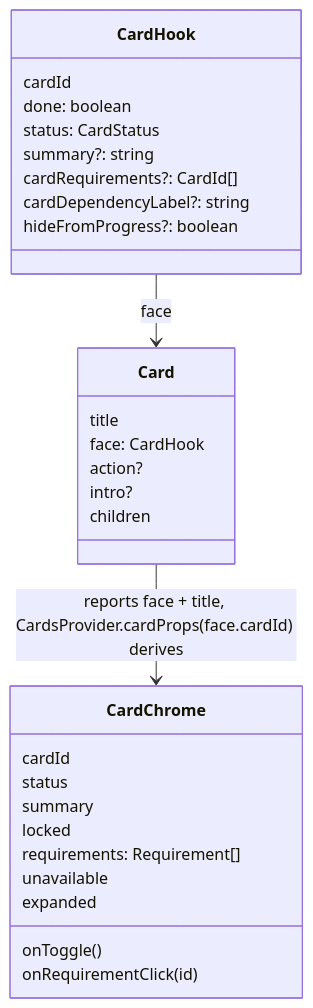
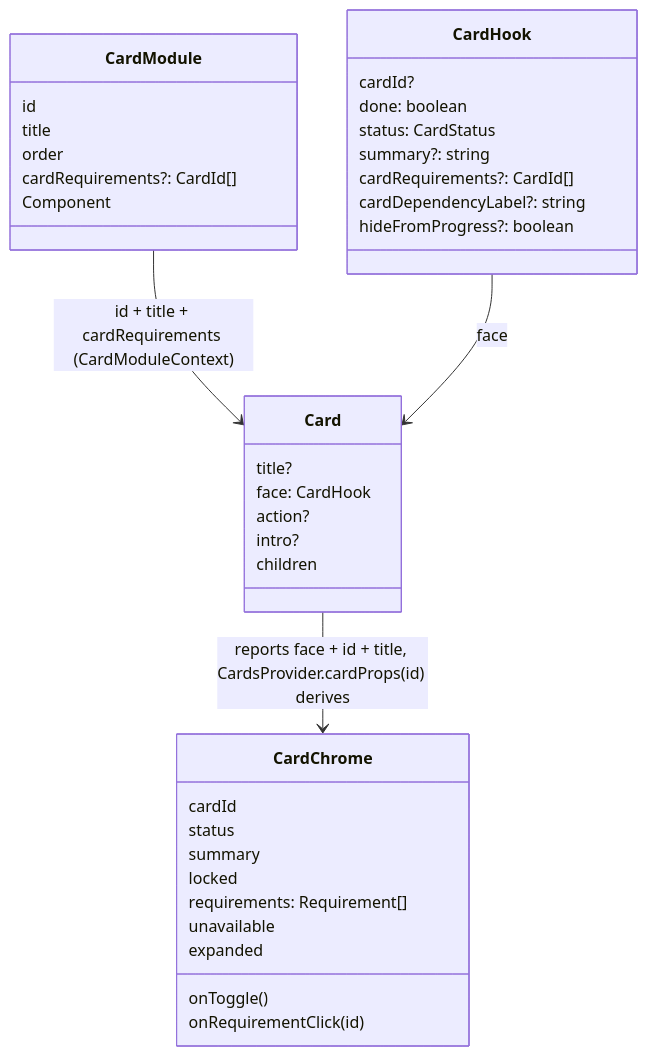
One commit to ZenMe-AU/ZenbloxCore changed the second of 9 diagrams in zeninstallerPvt/ui/UI_UX.md. Above: the diagram before and after it, drawn with Mermaid. The commit also changed other lines of this file and 63 other files, not shown here.

Commit message:
feat: define card metadata in index.ts and add CARD_ORDER

````diff
--- a/zeninstallerPvt/ui/UI_UX.md
+++ b/zeninstallerPvt/ui/UI_UX.md
@@ -66,32 +66,40 @@
 ```mermaid
 classDiagram
+  class CardModule {
+    id
+    title
+    order
+    cardRequirements?: CardId[]
+    Component
+  }
   class CardHook {
-    cardId
+    cardId?
     done: boolean
     status: CardStatus
     summary?: string
     cardRequirements?: CardId[]
     cardDependencyLabel?: string
     hideFromProgress?: boolean
   }
   class CardChrome {
     cardId
     status
     summary
     locked
     requirements: Requirement[]
     unavailable
     expanded
     onToggle()
     onRequirementClick(id)
   }
   class Card {
-    title
+    title?
     face: CardHook
     action?
     intro?
     children
   }
+  CardModule --> Card : id + title + cardRequirements (CardModuleContext)
   CardHook --> Card : face
-  Card --> CardChrome : reports face + title, CardsProvider.cardProps(face.cardId) derives
+  Card --> CardChrome : reports face + id + title, CardsProvider.cardProps(id) derives
 ```
````
